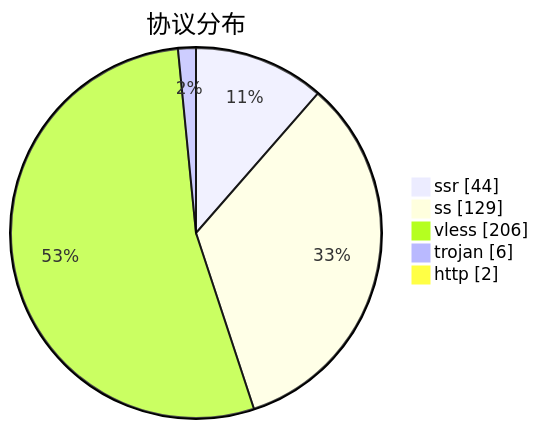
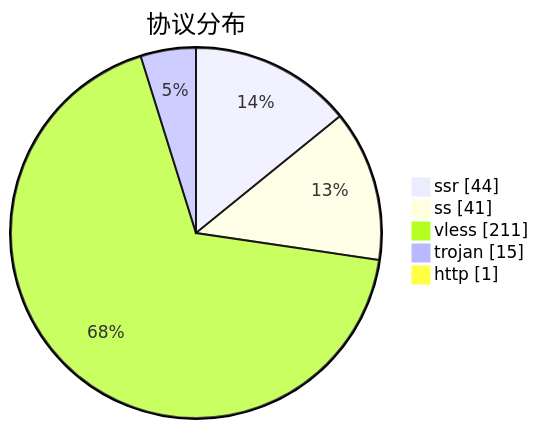
One commit to qjlxg/airport changed the third of 3 diagrams in subs/statistics/tested_within.md. Above: the diagram before and after it, drawn with Mermaid. The commit also changed other lines of this file and 2 other files, not shown here.

````diff
--- a/subs/statistics/tested_within.md
+++ b/subs/statistics/tested_within.md
@@ -19,9 +19,9 @@
 ```mermaid
 pie showData
 title 协议分布
 "ssr" : 44
-"ss" : 129
-"vless" : 206
-"trojan" : 6
-"http" : 2
+"ss" : 41
+"vless" : 211
+"trojan" : 15
+"http" : 1
 ```
````
